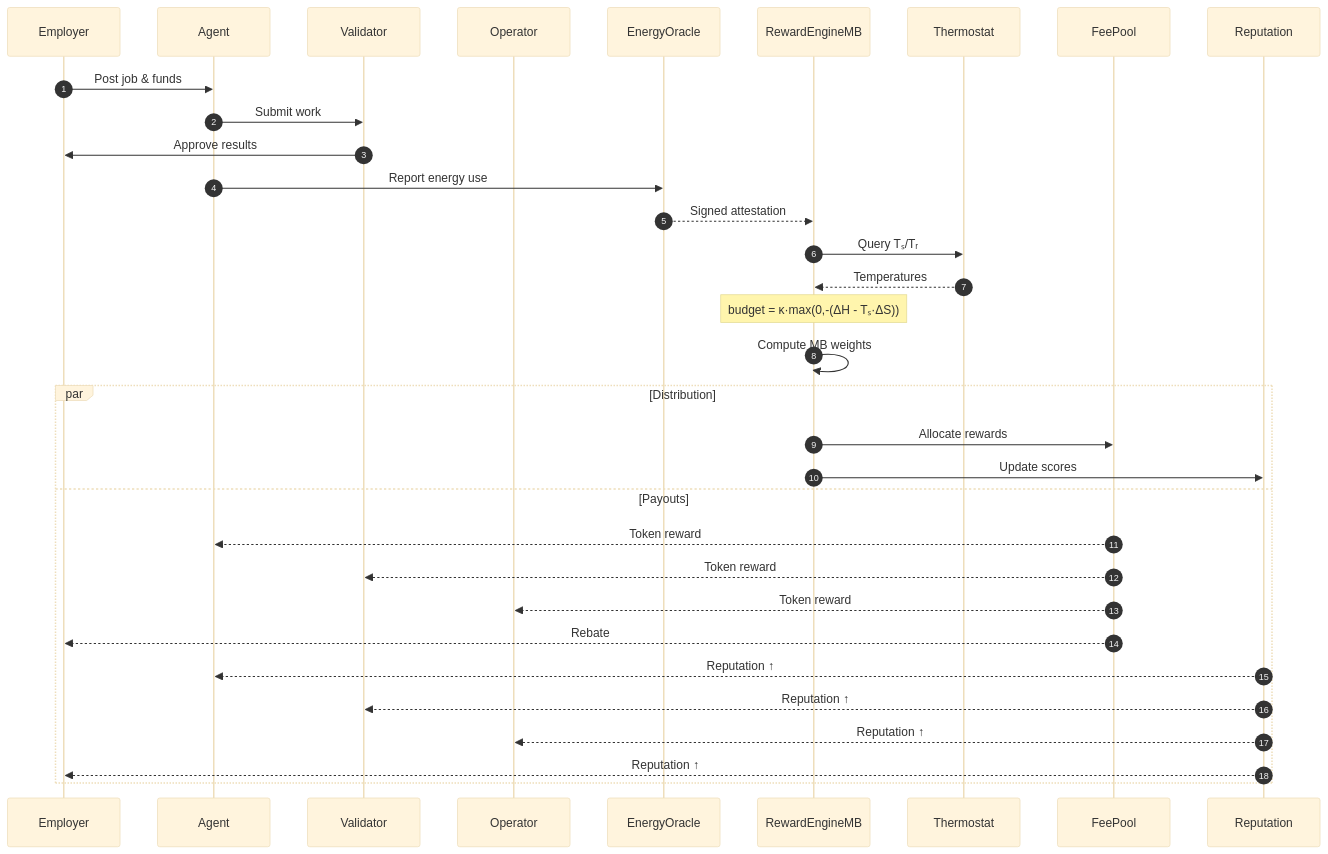
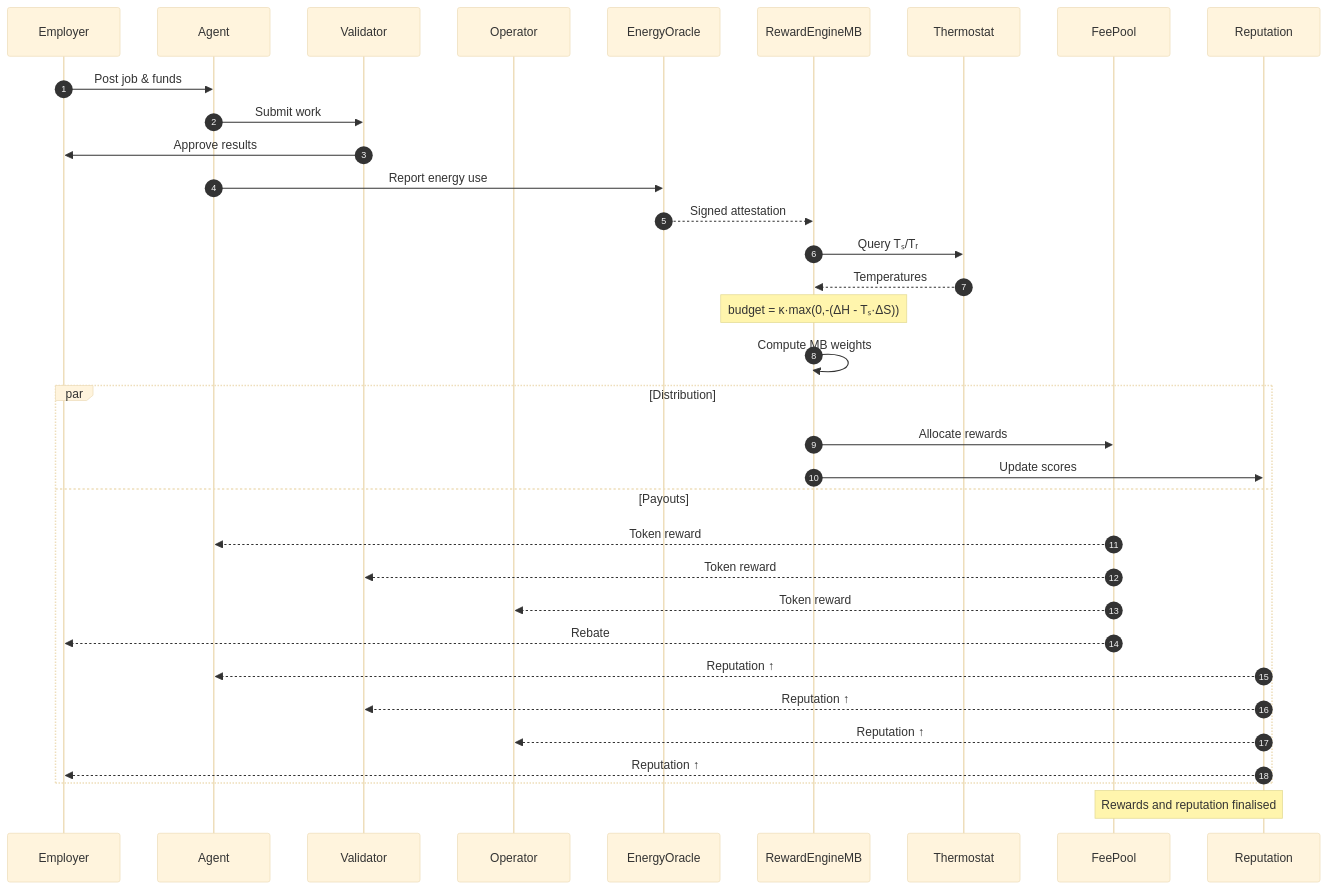
The third of 3 diagrams in docs/universal-platform-incentive-architecture.md (MontrealAI/AGIJobsv0), drawn with Mermaid (base theme) before and after one commit. The commit also changed other lines of this file and 2 other files, not shown here.

Commit message:
docs: enrich reward settlement diagrams

````diff
--- a/docs/universal-platform-incentive-architecture.md
+++ b/docs/universal-platform-incentive-architecture.md
@@ -107,36 +127,37 @@
 ```mermaid
 sequenceDiagram
     autonumber
     participant Employer
     participant Agent
     participant Validator
     participant Operator
     participant Oracle as EnergyOracle
     participant Engine as RewardEngineMB
     participant Thermostat
     participant FeePool
     participant Reputation
 
     Employer->>Agent: Post job & funds
     Agent->>Validator: Submit work
     Validator->>Employer: Approve results
     Agent->>Oracle: Report energy use
     Oracle-->>Engine: Signed attestation
     Engine->>Thermostat: Query Tₛ/Tᵣ
     Thermostat-->>Engine: Temperatures
     Note over Engine: budget = κ·max(0,-(ΔH - Tₛ·ΔS))
     Engine->>Engine: Compute MB weights
     par Distribution
         Engine->>FeePool: Allocate rewards
         Engine->>Reputation: Update scores
     and Payouts
         FeePool-->>Agent: Token reward
         FeePool-->>Validator: Token reward
         FeePool-->>Operator: Token reward
         FeePool-->>Employer: Rebate
         Reputation-->>Agent: Reputation ↑
         Reputation-->>Validator: Reputation ↑
         Reputation-->>Operator: Reputation ↑
         Reputation-->>Employer: Reputation ↑
     end
+    Note over FeePool,Reputation: Rewards and reputation finalised
 ```
````
